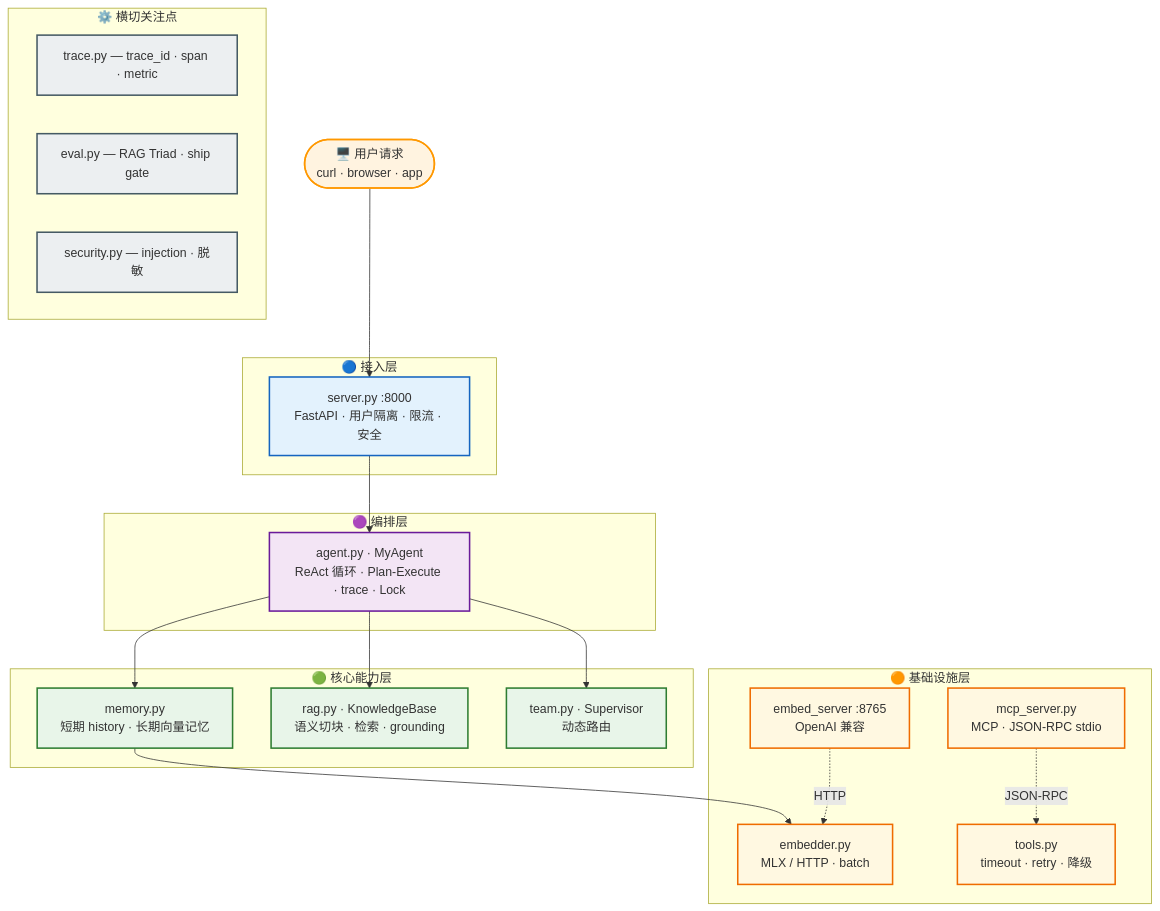
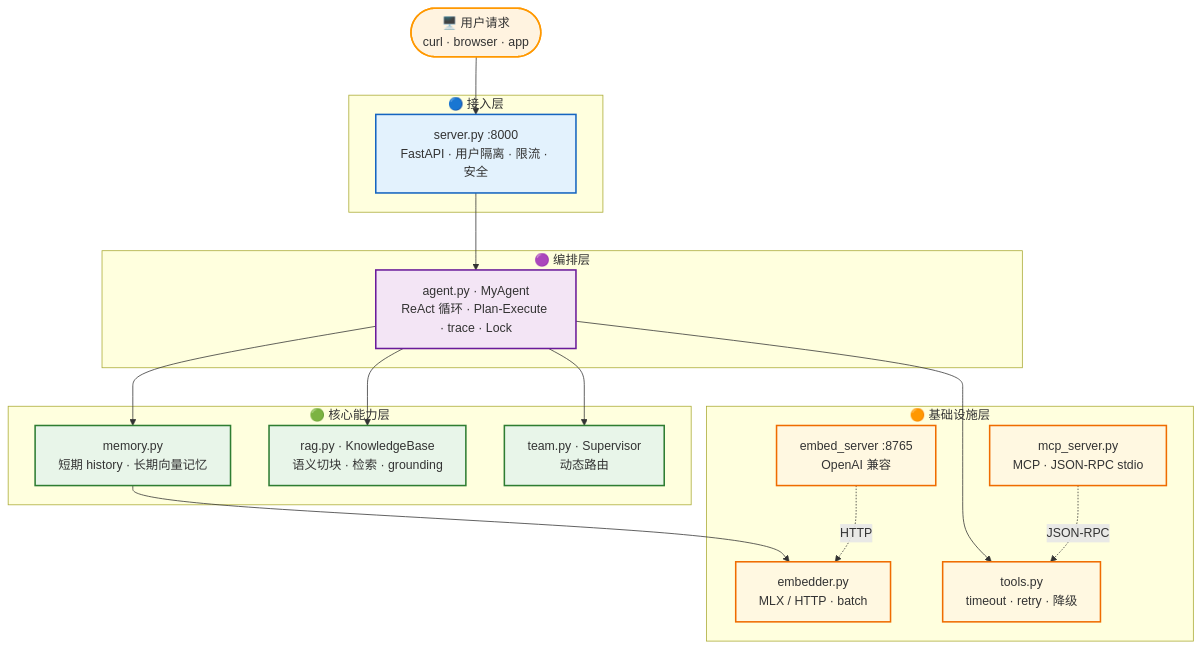
The first of 2 diagrams in README.md (bucolicwalker-ops/teammate), drawn with Mermaid before and after one commit. The commit also changed other lines of this file, not shown here.

Commit message:
fix: Mermaid 布局 — 删断连 S5 + Tools 连主流程 + graph TD 兼容性

````diff
--- a/README.md
+++ b/README.md
@@ -9,47 +9,41 @@
 ```mermaid
-flowchart TD
+graph TD
     User(["🖥️ 用户请求<br/>curl · browser · app"]):::user
 
     subgraph S1["🔵 接入层"]
         Srv["server.py :8000<br/>FastAPI · 用户隔离 · 限流 · 安全"]:::access
     end
 
     subgraph S2["🟣 编排层"]
         Agent["agent.py · MyAgent<br/>ReAct 循环 · Plan-Execute · trace · Lock"]:::orch
     end
 
     subgraph S3["🟢 核心能力层"]
         Mem["memory.py<br/>短期 history · 长期向量记忆"]:::core
         RAG["rag.py · KnowledgeBase<br/>语义切块 · 检索 · grounding"]:::core
         Team["team.py · Supervisor<br/>动态路由"]:::core
     end
 
     subgraph S4["🟠 基础设施层"]
         Emb["embedder.py<br/>MLX / HTTP · batch"]:::infra
         EmbSrv["embed_server :8765<br/>OpenAI 兼容"]:::infra
         Tools["tools.py<br/>timeout · retry · 降级"]:::infra
         MCP["mcp_server.py<br/>MCP · JSON-RPC stdio"]:::infra
     end
 
-    subgraph S5["⚙️ 横切关注点"]
-        Trace["trace.py — trace_id · span · metric"]:::cross
-        Eval["eval.py — RAG Triad · ship gate"]:::cross
-        Sec["security.py — injection · 脱敏"]:::cross
-    end
-
     User --> Srv
     Srv --> Agent
     Agent --> Mem
     Agent --> RAG
     Agent --> Team
+    Agent --> Tools
     Mem --> Emb
     EmbSrv -.->|HTTP| Emb
     MCP -.->|JSON-RPC| Tools
 
     classDef user fill:#fff3e0,stroke:#ff9800,stroke-width:2px,color:#333
     classDef access fill:#e3f2fd,stroke:#1565c0,stroke-width:2px,color:#333
     classDef orch fill:#f3e5f5,stroke:#6a1b9a,stroke-width:2px,color:#333
     classDef core fill:#e8f5e9,stroke:#2e7d32,stroke-width:2px,color:#333
     classDef infra fill:#fff8e1,stroke:#ef6c00,stroke-width:2px,color:#333
-    classDef cross fill:#eceff1,stroke:#455a64,stroke-width:2px,color:#333
 ```
````
